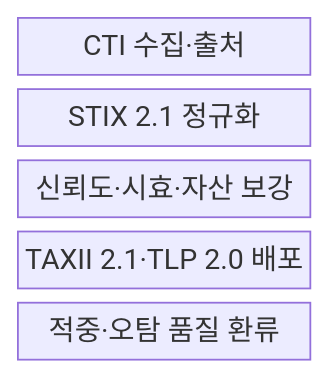
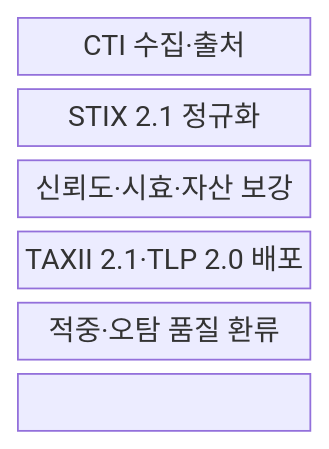
The first of 2 diagrams in src/content/docs/notes/05-security/122_cti_automation.md (agnusdei1207/knowledge-base), drawn with Mermaid before and after one commit. The commit also changed other lines of this file and 151 other files, not shown here.

````diff
--- a/src/content/docs/notes/05-security/122_cti_automation.md
+++ b/src/content/docs/notes/05-security/122_cti_automation.md
@@ -53,9 +53,11 @@
 ```mermaid
 block-beta
   columns 1
   S["CTI 수집·출처"]
   N["STIX 2.1 정규화"]
   E["신뢰도·시효·자산 보강"]
   D["TAXII 2.1·TLP 2.0 배포"]
   F["적중·오탐 품질 환류"]
+  S --- N --- E
+  E --- D --- F
 ```
````
